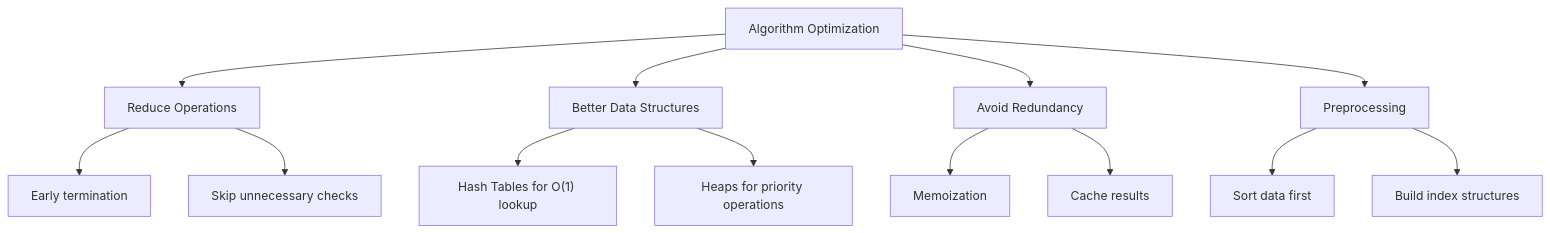
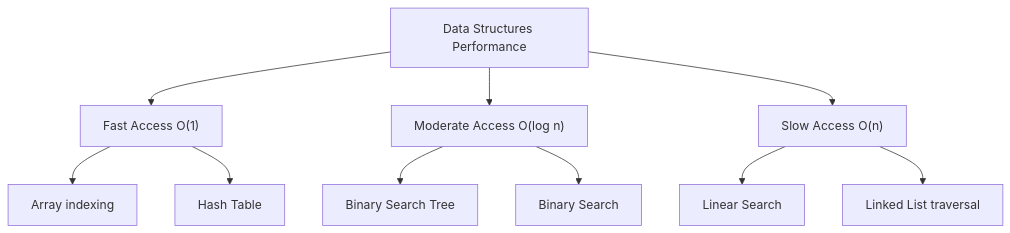
One commit to khieu-dv/vievlog changed the third of 3 diagrams in src/content/soft-skills/dsa/bai-7.mdx. Above: the diagram before and after it, drawn with Mermaid. The commit also changed other lines of this file and 8 other files, not shown here.

````diff
--- a/src/content/soft-skills/dsa/bai-7.mdx
+++ b/src/content/soft-skills/dsa/bai-7.mdx
@@ -267,19 +346,16 @@
 ```mermaid
-flowchart TD
-    A[Algorithm Optimization] --> B[Reduce Operations]
-    A --> C[Better Data Structures]
-    A --> D[Avoid Redundancy]
-    A --> E[Preprocessing]
-
-    B --> B1[Early termination]
-    B --> B2[Skip unnecessary checks]
-
-    C --> C1["Hash Tables for O(1) lookup"]
-    C --> C2[Heaps for priority operations]
-
-    D --> D1[Memoization]
-    D --> D2[Cache results]
-
-    E --> E1[Sort data first]
-    E --> E2[Build index structures]
+graph TD
+    A["Data Structures Performance"] 
+    A --> B["Fast Access O(1)"]
+    A --> C["Moderate Access O(log n)"]
+    A --> D["Slow Access O(n)"]
+    
+    B --> E["Array indexing"]
+    B --> F["Hash Table"]
+    
+    C --> G["Binary Search Tree"]
+    C --> H["Binary Search"]
+    
+    D --> I["Linear Search"]
+    D --> J["Linked List traversal"]
 ```
````
